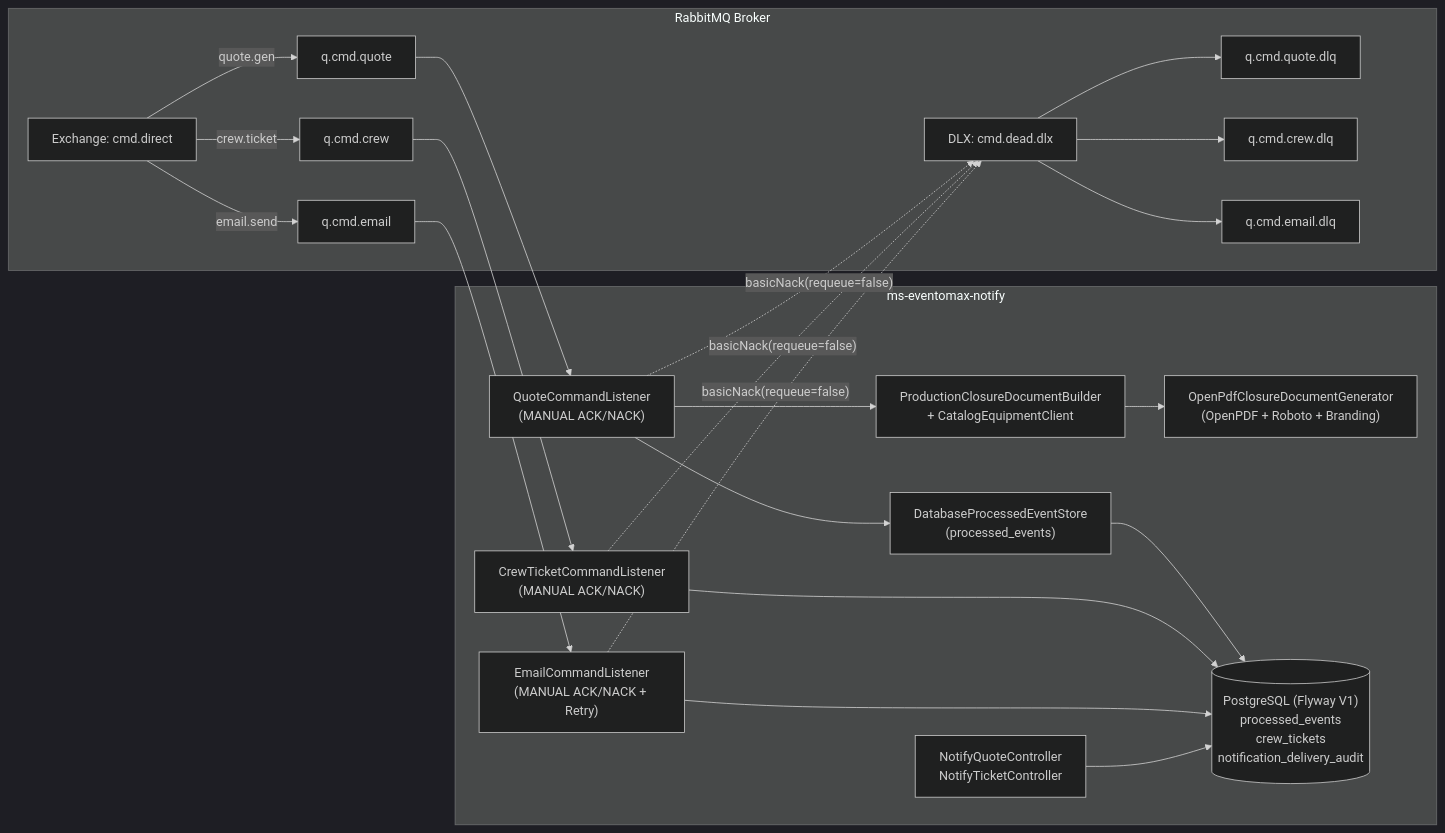
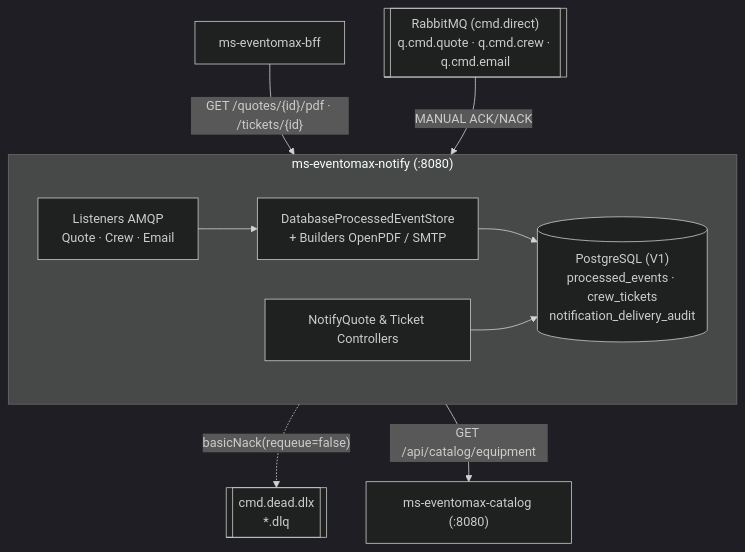
The diagram in README.md (Nachovn12/ms-eventomax-notify), drawn with Mermaid (dark theme) before and after one commit. The commit also changed other lines of this file and 6 other files, not shown here.

Commit message:
docs: standardize professional README with banner, stack icons and Mermaid diagram

````diff
--- a/README.md
+++ b/README.md
@@ -24,36 +66,16 @@
 ```mermaid
-flowchart LR
-    subgraph group1["RabbitMQ Broker"]
-        EX["Exchange: cmd.direct"]
-        Q_QUOTE["q.cmd.quote"]
-        Q_CREW["q.cmd.crew"]
-        Q_EMAIL["q.cmd.email"]
-        DLX["DLX: cmd.dead.dlx"]
-        DLQ_QUOTE["q.cmd.quote.dlq"]
-        DLQ_CREW["q.cmd.crew.dlq"]
-        DLQ_EMAIL["q.cmd.email.dlq"]
+flowchart TB
+    RMQ[["RabbitMQ (cmd.direct)<br/>q.cmd.quote · q.cmd.crew · q.cmd.email"]] -->|"MANUAL ACK/NACK"| NOTIFY
+    DLX[["cmd.dead.dlx<br/>*.dlq"]]
+
+    subgraph NOTIFY["ms-eventomax-notify (:8080)"]
+        direction LR
+        LISTEN["Listeners AMQP<br/>Quote · Crew · Email"] --> IDEMP["DatabaseProcessedEventStore<br/>+ Builders OpenPDF / SMTP"]
+        IDEMP --> PG[("PostgreSQL (V1)<br/>processed_events · crew_tickets<br/>notification_delivery_audit")]
+        REST["NotifyQuote &amp; Ticket Controllers"] --> PG
     end
 
-    subgraph group2["ms-eventomax-notify"]
-        L_QUOTE["QuoteCommandListener<br/>(MANUAL ACK/NACK)"]
-        L_CREW["CrewTicketCommandListener<br/>(MANUAL ACK/NACK)"]
-        L_EMAIL["EmailCommandListener<br/>(MANUAL ACK/NACK + Retry)"]
-        IDEMP["DatabaseProcessedEventStore<br/>(processed_events)"]
-        BUILDER["ProductionClosureDocumentBuilder<br/>+ CatalogEquipmentClient"]
-        PDF["OpenPdfClosureDocumentGenerator<br/>(OpenPDF + Roboto + Branding)"]
-        REST["NotifyQuoteController<br/>NotifyTicketController"]
-        PG_NOTIFY[("PostgreSQL (Flyway V1)<br/>processed_events<br/>crew_tickets<br/>notification_delivery_audit")]
-    end
-
-    EX -->|"quote.gen"| Q_QUOTE --> L_QUOTE
-    EX -->|"crew.ticket"| Q_CREW --> L_CREW
-    EX -->|"email.send"| Q_EMAIL --> L_EMAIL
-    L_QUOTE -.->|"basicNack(requeue=false)"| DLX --> DLQ_QUOTE
-    L_CREW -.->|"basicNack(requeue=false)"| DLX --> DLQ_CREW
-    L_EMAIL -.->|"basicNack(requeue=false)"| DLX --> DLQ_EMAIL
-    L_QUOTE --> IDEMP --> PG_NOTIFY
-    L_QUOTE --> BUILDER --> PDF
-    L_CREW --> PG_NOTIFY
-    L_EMAIL --> PG_NOTIFY
-    REST --> PG_NOTIFY
+    LISTEN -.->|"basicNack(requeue=false)"| DLX
+    IDEMP -->|"GET /api/catalog/equipment"| CAT["ms-eventomax-catalog (:8080)"]
+    BFF["ms-eventomax-bff"] -->|"GET /quotes/{id}/pdf · /tickets/{id}"| REST
 ```
````
